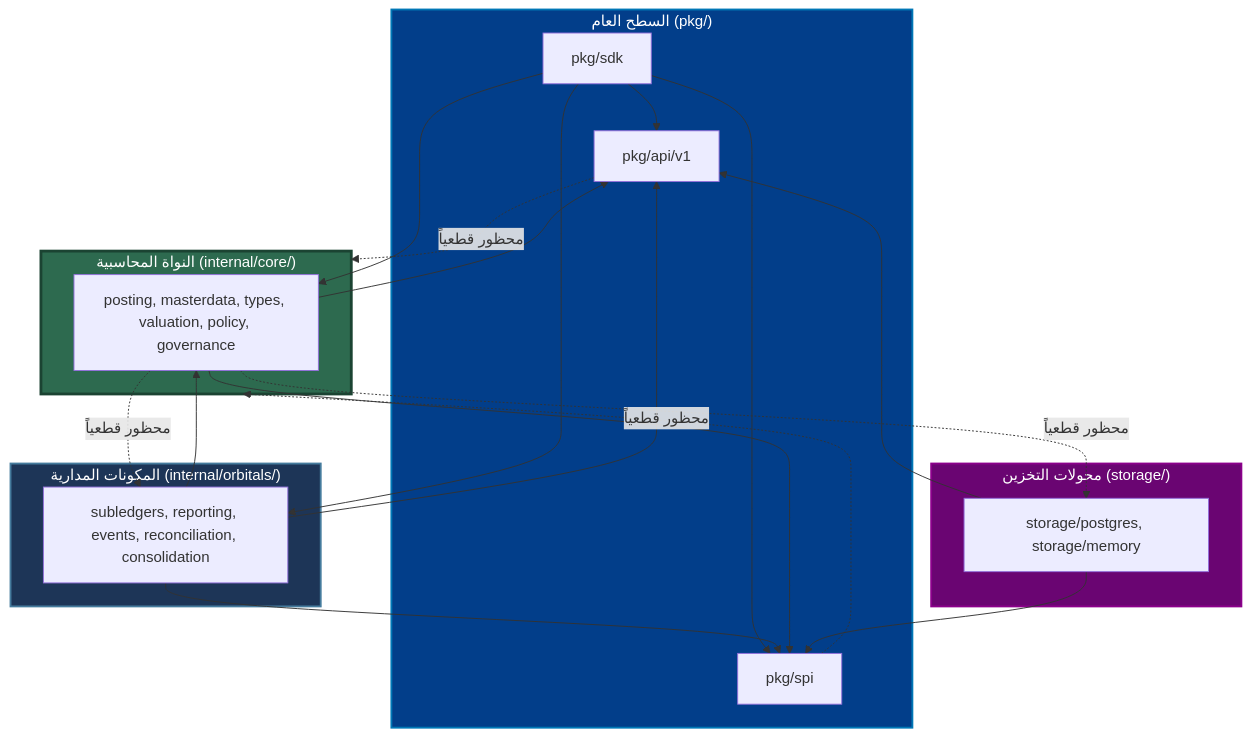
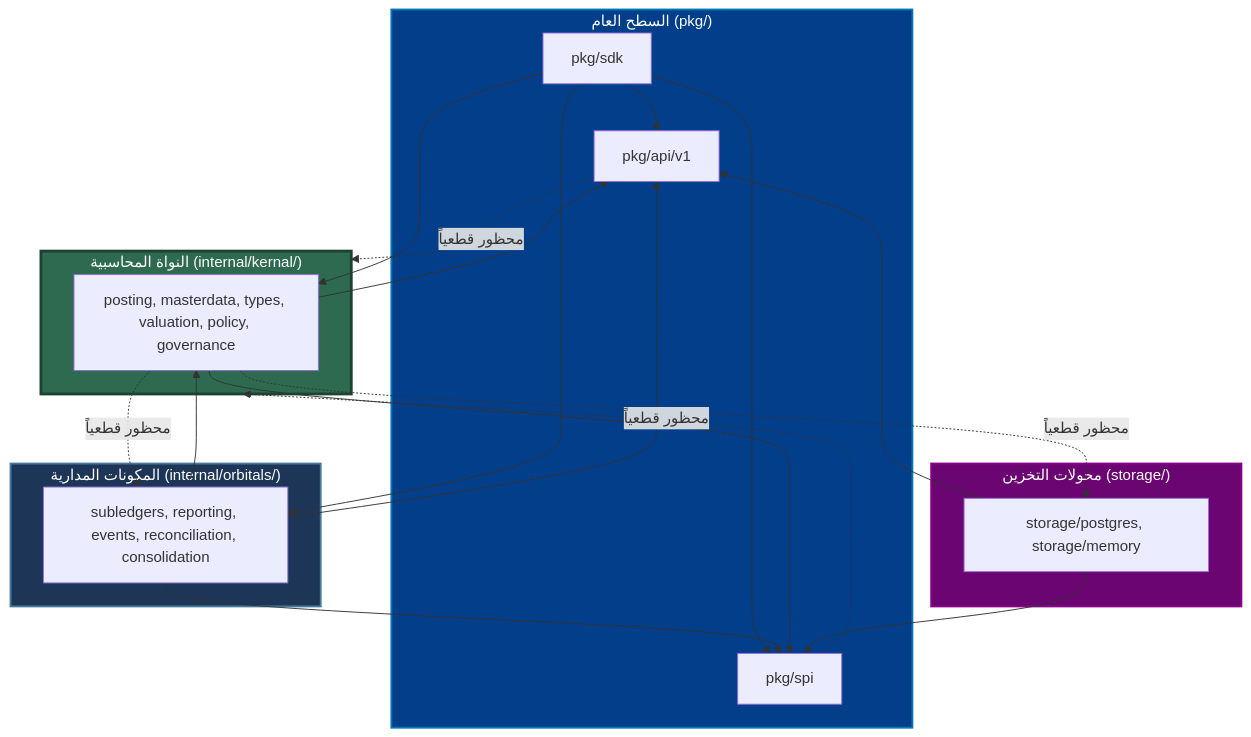
Before and after one commit to osmai4603-collab/accountant_engine: the diagram in docs/NEW_PROJECT_STRUCTURE.md, drawn with Mermaid. The commit also changed other lines of this file and 121 other files, not shown here.

````diff
--- a/docs/NEW_PROJECT_STRUCTURE.md
+++ b/docs/NEW_PROJECT_STRUCTURE.md
@@ -243,47 +243,47 @@
 ```mermaid
 flowchart TD
     subgraph PublicSurface ["السطح العام (pkg/)"]
         SDK["pkg/sdk"]
         API["pkg/api/v1"]
         SPI["pkg/spi"]
     end
 
-    subgraph InternalCore ["النواة المحاسبية (internal/core/)"]
+    subgraph InternalCore ["النواة المحاسبية (internal/kernal/)"]
         CORE_PKG["posting, masterdata, types, valuation, policy, governance"]
     end
 
     subgraph InternalOrbitals ["المكونات المدارية (internal/orbitals/)"]
         ORBIT_PKG["subledgers, reporting, events, reconciliation, consolidation"]
     end
 
     subgraph StorageAdapters ["محولات التخزين (storage/)"]
         STORAGE_PKG["storage/postgres, storage/memory"]
     end
 
     %% اتجاه الاستيراد المسموح به
     SDK --> API
     SDK --> SPI
     SDK --> CORE_PKG
     SDK --> ORBIT_PKG
     
     ORBIT_PKG --> API
     ORBIT_PKG --> SPI
     ORBIT_PKG --> CORE_PKG
     
     CORE_PKG --> API
     CORE_PKG --> SPI
     
     STORAGE_PKG --> SPI
     STORAGE_PKG --> API
 
     %% قواعد الحظر الصارمة
     CORE_PKG -.->|محظور قطعياً| ORBIT_PKG
     CORE_PKG -.->|محظور قطعياً| STORAGE_PKG
     API -.->|محظور قطعياً| InternalCore
     SPI -.->|محظور قطعياً| InternalCore
 
     style PublicSurface fill:#023e8a,stroke:#0077b6,stroke-width:2px,color:#fff;
     style InternalCore fill:#2d6a4f,stroke:#1b4332,stroke-width:3px,color:#fff;
     style InternalOrbitals fill:#1d3557,stroke:#457b9d,stroke-width:2px,color:#fff;
     style StorageAdapters fill:#6a0572,stroke:#8b008b,stroke-width:2px,color:#fff;
 ```
````
